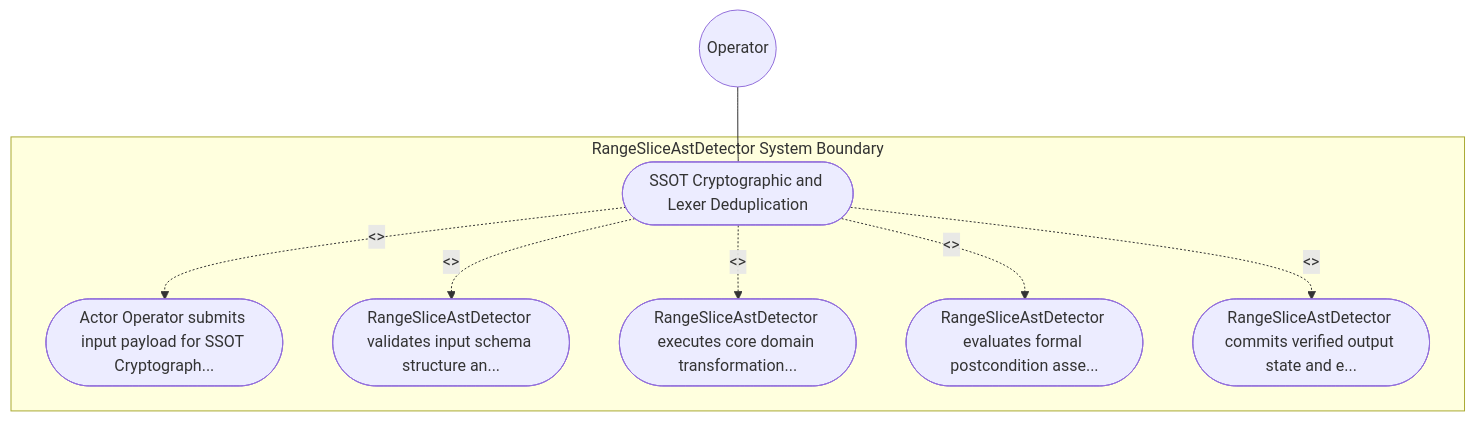
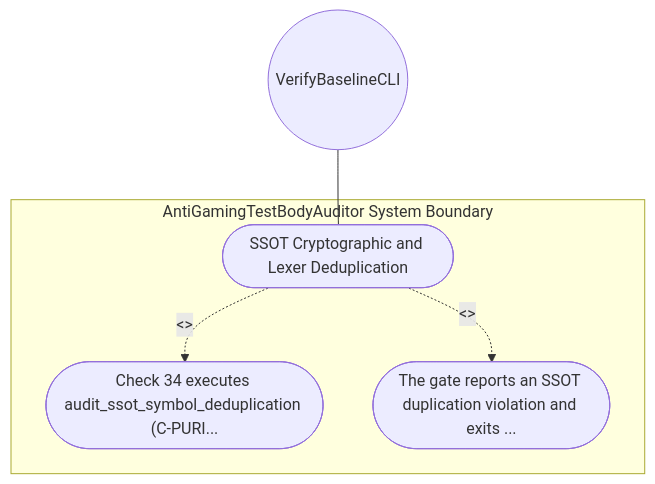
One commit to gintatkinson/DEAP01-spec-core changed the diagram in .pipeline/upstream/docs/use-cases/UC-09-SSOT_Cryptographic_and_Lexer_Deduplication.md. Above: the diagram before and after it, drawn with Mermaid. The commit also changed other lines of this file and 213 other files, not shown here.

````diff
--- a/.pipeline/upstream/docs/use-cases/UC-09-SSOT_Cryptographic_and_Lexer_Deduplication.md
+++ b/.pipeline/upstream/docs/use-cases/UC-09-SSOT_Cryptographic_and_Lexer_Deduplication.md
@@ -16,17 +16,11 @@
 ```mermaid
 graph TD
-    subgraph "RangeSliceAstDetector System Boundary"
+    subgraph "AntiGamingTestBodyAuditor System Boundary"
         UC_Main(["SSOT Cryptographic and Lexer Deduplication"])
-        UC_Step01(["Actor Operator submits input payload for SSOT Cryptograph..."])
-        UC_Step02(["RangeSliceAstDetector validates input schema structure an..."])
-        UC_Step03(["RangeSliceAstDetector executes core domain transformation..."])
-        UC_Step04(["RangeSliceAstDetector evaluates formal postcondition asse..."])
-        UC_Step05(["RangeSliceAstDetector commits verified output state and e..."])
+        UC_Step01(["Check 34 executes audit_ssot_symbol_deduplication (C-PURI..."])
+        UC_Step02(["The gate reports an SSOT duplication violation and exits ..."])
     end
-    Operator(("Operator")) --- UC_Main
+    VerifyBaselineCLI(("VerifyBaselineCLI")) --- UC_Main
     UC_Main -. "<<include>>" .-> UC_Step01
     UC_Main -. "<<include>>" .-> UC_Step02
-    UC_Main -. "<<include>>" .-> UC_Step03
-    UC_Main -. "<<include>>" .-> UC_Step04
-    UC_Main -. "<<include>>" .-> UC_Step05
 ```
````
